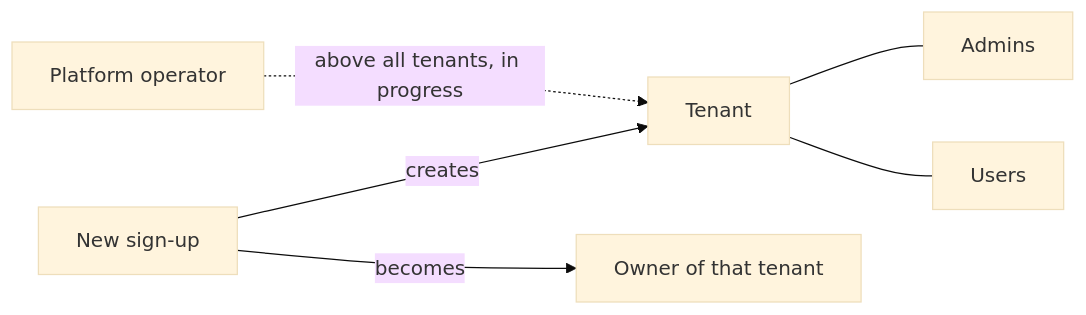
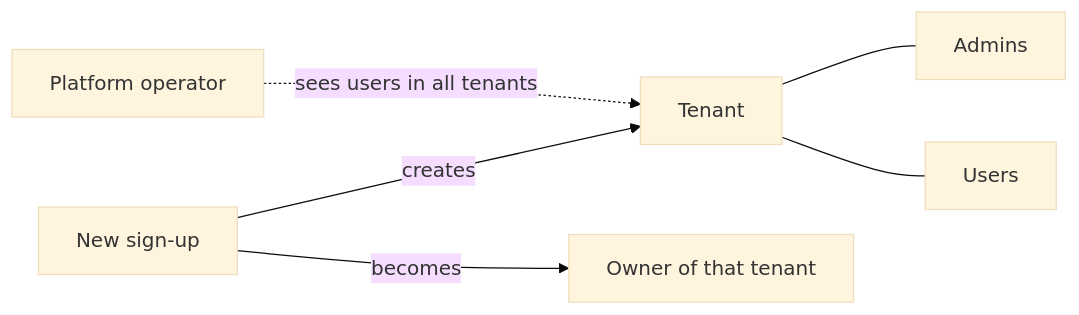
The diagram in users/overview.mdx (EdStivala/FrankPHP), drawn with Mermaid (base theme) before and after one commit. The commit also changed other lines of this file and 8 other files, not shown here.

First line of the commit message:
Docs for FrankPHP v2.2.0: platform users see every tenant's users

````diff
--- a/users/overview.mdx
+++ b/users/overview.mdx
@@ -18,8 +18,8 @@
 ```mermaid
 flowchart LR
     S[New sign-up] -->|creates| T[Tenant]
     S -->|becomes| O[Owner of that tenant]
     T --- A[Admins]
     T --- U[Users]
-    P[Platform operator] -.->|above all tenants, in progress| T
+    P[Platform operator] -.->|sees users in all tenants| T
 ```
````
